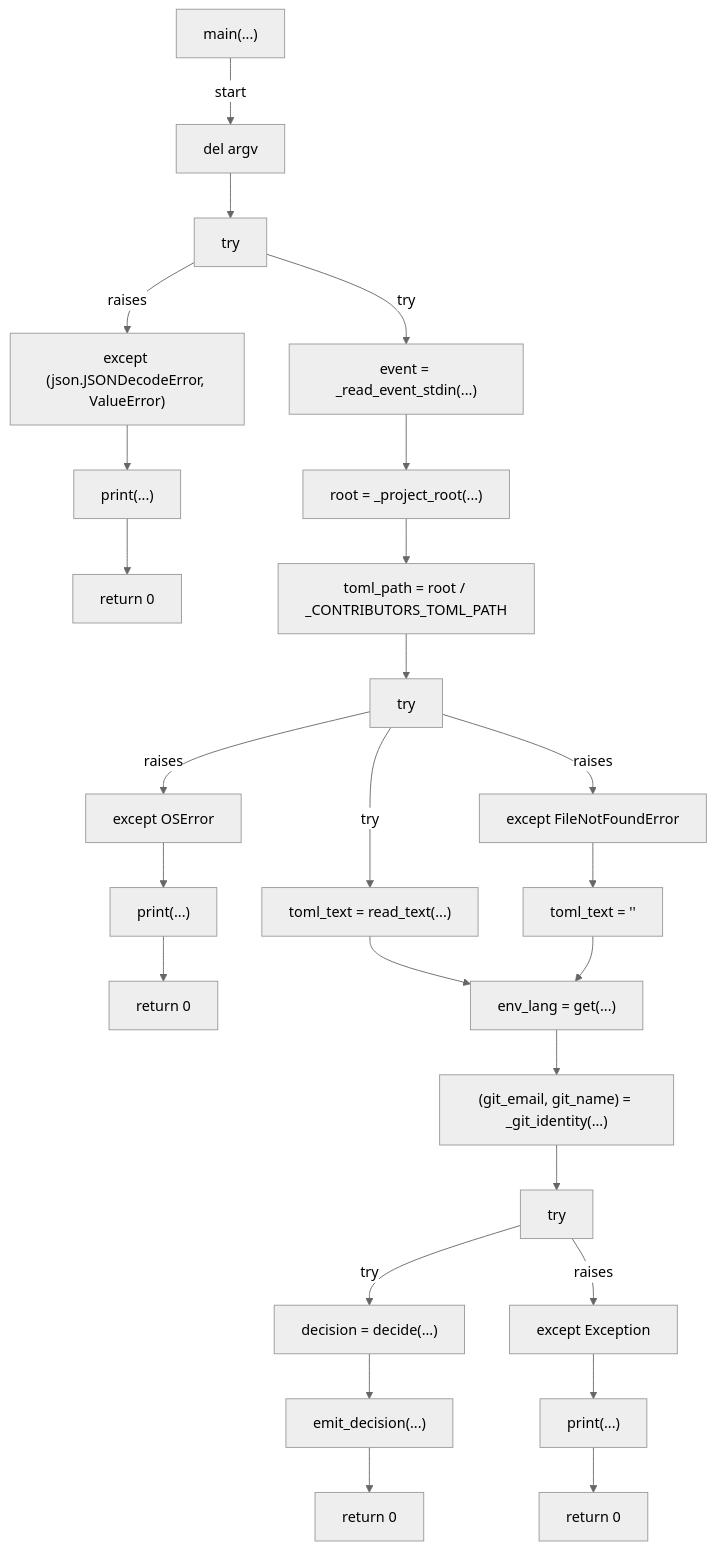
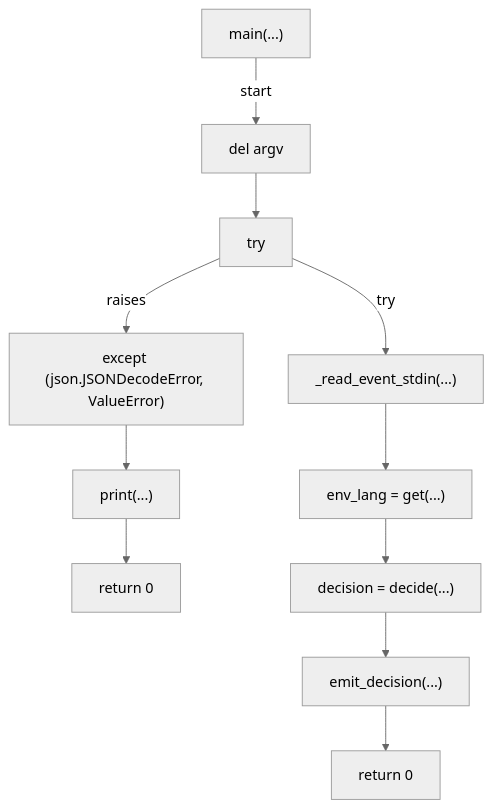
The sixth of 6 diagrams in docs/generated/scripts/ast/plan_language_context.md (tvna/claude-md), drawn with Mermaid (neutral theme) before and after one commit. The commit also changed other lines of this file, not shown here.

First line of the commit message:
docs(generated): regenerate decision tree and workflow diagrams

````diff
--- a/docs/generated/scripts/ast/plan_language_context.md
+++ b/docs/generated/scripts/ast/plan_language_context.md
@@ -137,53 +72,24 @@
 ```mermaid
 flowchart TD
     N001["main(...)"]
     N002["del argv"]
     N003["try"]
-    N004["event = _read_event_stdin(...)"]
+    N004["_read_event_stdin(...)"]
     N005["except (json.JSONDecodeError, ValueError)"]
     N006["print(...)"]
     N007["return 0"]
-    N008["root = _project_root(...)"]
-    N009["toml_path = root / _CONTRIBUTORS_TOML_PATH"]
-    N010["try"]
-    N011["toml_text = read_text(...)"]
-    N012["except FileNotFoundError"]
-    N013["toml_text = '<str>'"]
-    N014["except OSError"]
-    N015["print(...)"]
-    N016["return 0"]
-    N017["env_lang = get(...)"]
-    N018["(git_email, git_name) = _git_identity(...)"]
-    N019["try"]
-    N020["decision = decide(...)"]
-    N021["except Exception"]
-    N022["print(...)"]
-    N023["return 0"]
-    N024["emit_decision(...)"]
-    N025["return 0"]
+    N008["env_lang = get(...)"]
+    N009["decision = decide(...)"]
+    N010["emit_decision(...)"]
+    N011["return 0"]
     N001 -->|"start"| N002
     N002 --> N003
     N003 -->|"try"| N004
     N003 -->|"raises"| N005
     N005 --> N006
     N006 --> N007
     N004 --> N008
     N008 --> N009
     N009 --> N010
-    N010 -->|"try"| N011
-    N010 -->|"raises"| N012
-    N012 --> N013
-    N010 -->|"raises"| N014
-    N014 --> N015
-    N015 --> N016
-    N011 --> N017
-    N013 --> N017
-    N017 --> N018
-    N018 --> N019
-    N019 -->|"try"| N020
-    N019 -->|"raises"| N021
-    N021 --> N022
-    N022 --> N023
-    N020 --> N024
-    N024 --> N025
+    N010 --> N011
 ```
````
